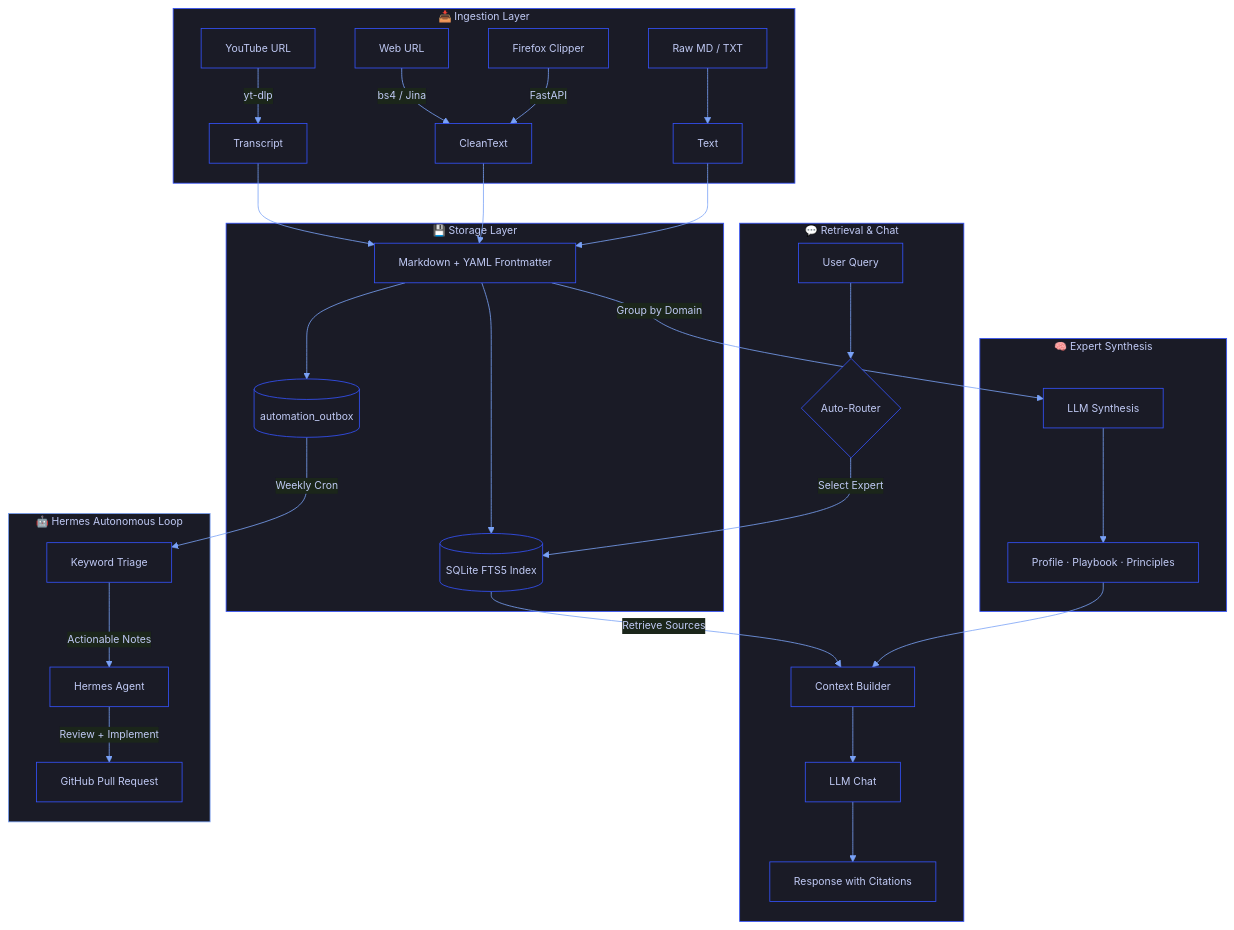
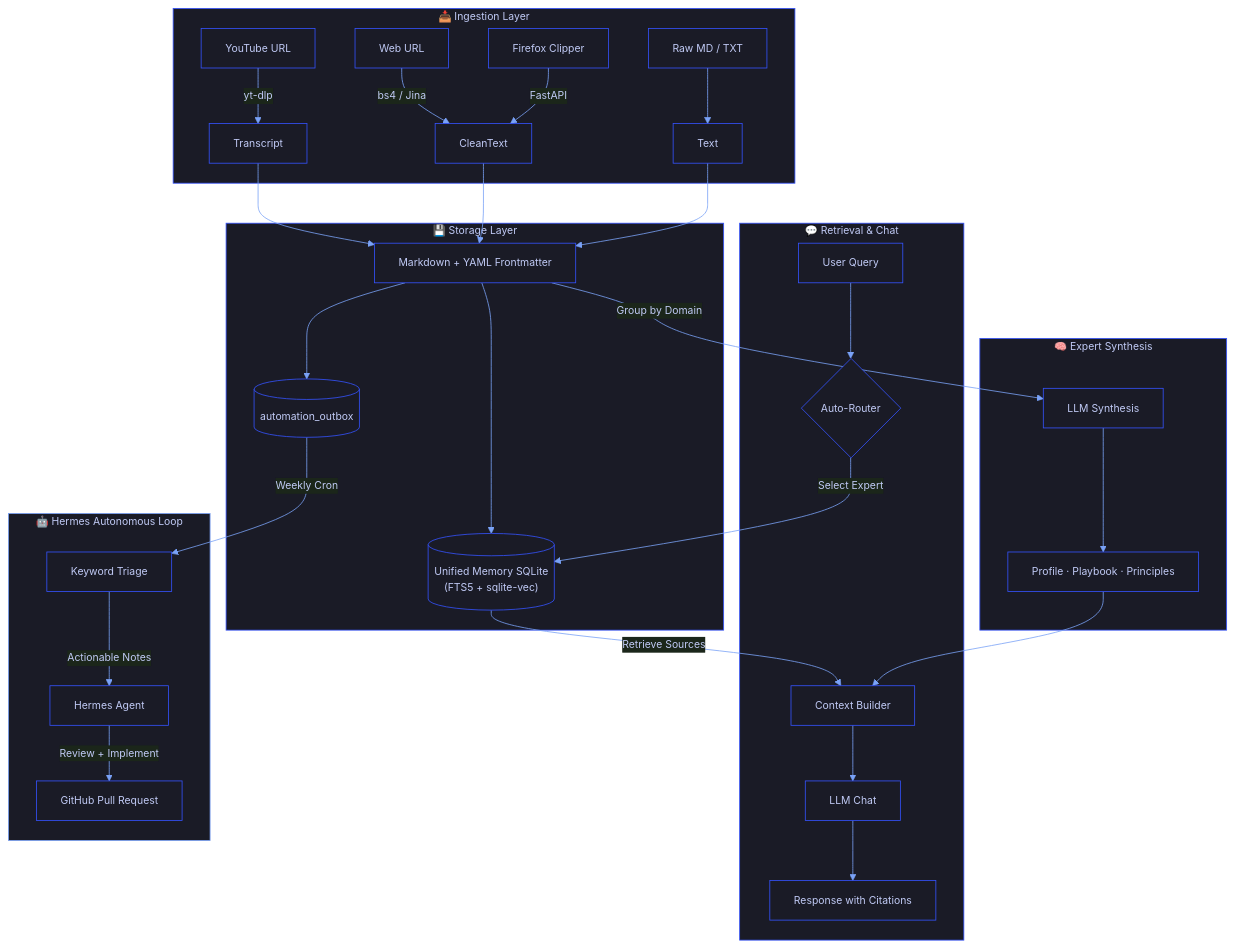
Before and after one commit to s-mberli/LifeOS: the second of 2 diagrams in README.md, drawn with Mermaid. The commit also changed other lines of this file and 2 other files, not shown here.

Commit message:
docs: update changelog, readme, and roadmap for unified memory core

````diff
--- a/README.md
+++ b/README.md
@@ -106,44 +106,44 @@
 ```mermaid
 %%{init: {'theme':'base','themeVariables':{'primaryColor':'#1a1b26','primaryTextColor':'#c0caf5','primaryBorderColor':'#3553ff','lineColor':'#7aa2f7','fontFamily':'monospace','fontSize':'13px'}}}%%
 flowchart TB
     subgraph Ingestion["📥 Ingestion Layer"]
         YT["YouTube URL"] --> |yt-dlp| Transcript
         Web["Web URL"] --> |bs4 / Jina| CleanText
         Clip["Firefox Clipper"] --> |FastAPI| CleanText
         Raw["Raw MD / TXT"] --> Text
     end
 
     subgraph Storage["💾 Storage Layer"]
         Transcript --> MD["Markdown + YAML Frontmatter"]
         CleanText --> MD
         Text --> MD
-        MD --> DB[("SQLite FTS5 Index")]
+        MD --> DB[("Unified Memory SQLite<br>(FTS5 + sqlite-vec)")]
         MD --> Outbox[("automation_outbox")]
     end
 
     subgraph Experts["🧠 Expert Synthesis"]
         MD --> |Group by Domain| Synthesis["LLM Synthesis"]
         Synthesis --> Profile["Profile · Playbook · Principles"]
     end
 
     subgraph Chat["💬 Retrieval & Chat"]
         Query["User Query"] --> Router{"Auto-Router"}
         Router --> |Select Expert| DB
         DB --> |Retrieve Sources| Context["Context Builder"]
         Profile --> Context
         Context --> LLM["LLM Chat"]
         LLM --> Response["Response with Citations"]
     end
 
     subgraph Hermes["🤖 Hermes Autonomous Loop"]
         Outbox --> |Weekly Cron| Triage["Keyword Triage"]
         Triage --> |Actionable Notes| Agent["Hermes Agent"]
         Agent --> |Review + Implement| PR["GitHub Pull Request"]
     end
 
     style Ingestion fill:#1a1b26,stroke:#3553ff,color:#c0caf5
     style Storage fill:#1a1b26,stroke:#3553ff,color:#c0caf5
     style Experts fill:#1a1b26,stroke:#3553ff,color:#c0caf5
     style Chat fill:#1a1b26,stroke:#3553ff,color:#c0caf5
     style Hermes fill:#1a1b26,stroke:#7aa2f7,color:#c0caf5
 ```
````
